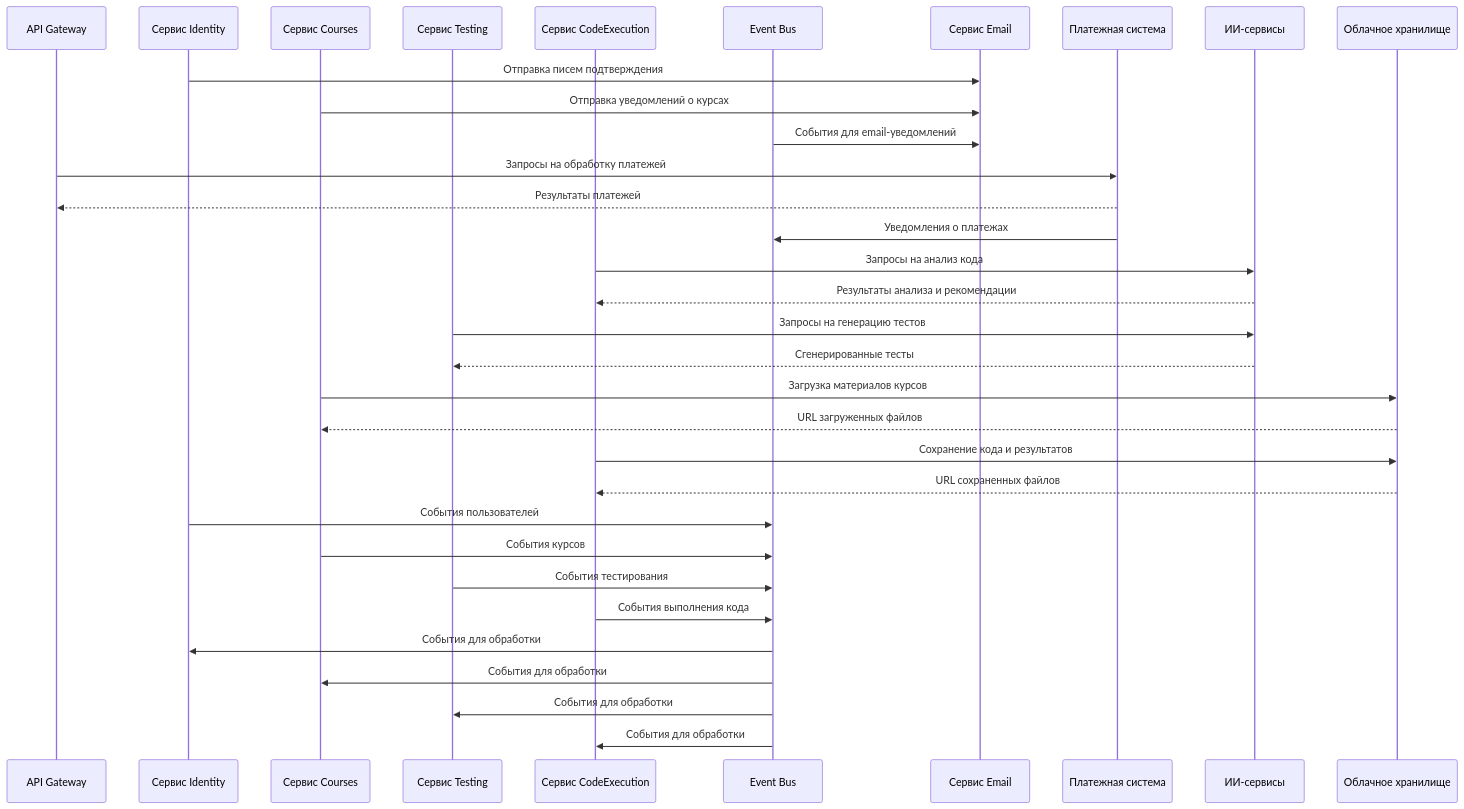
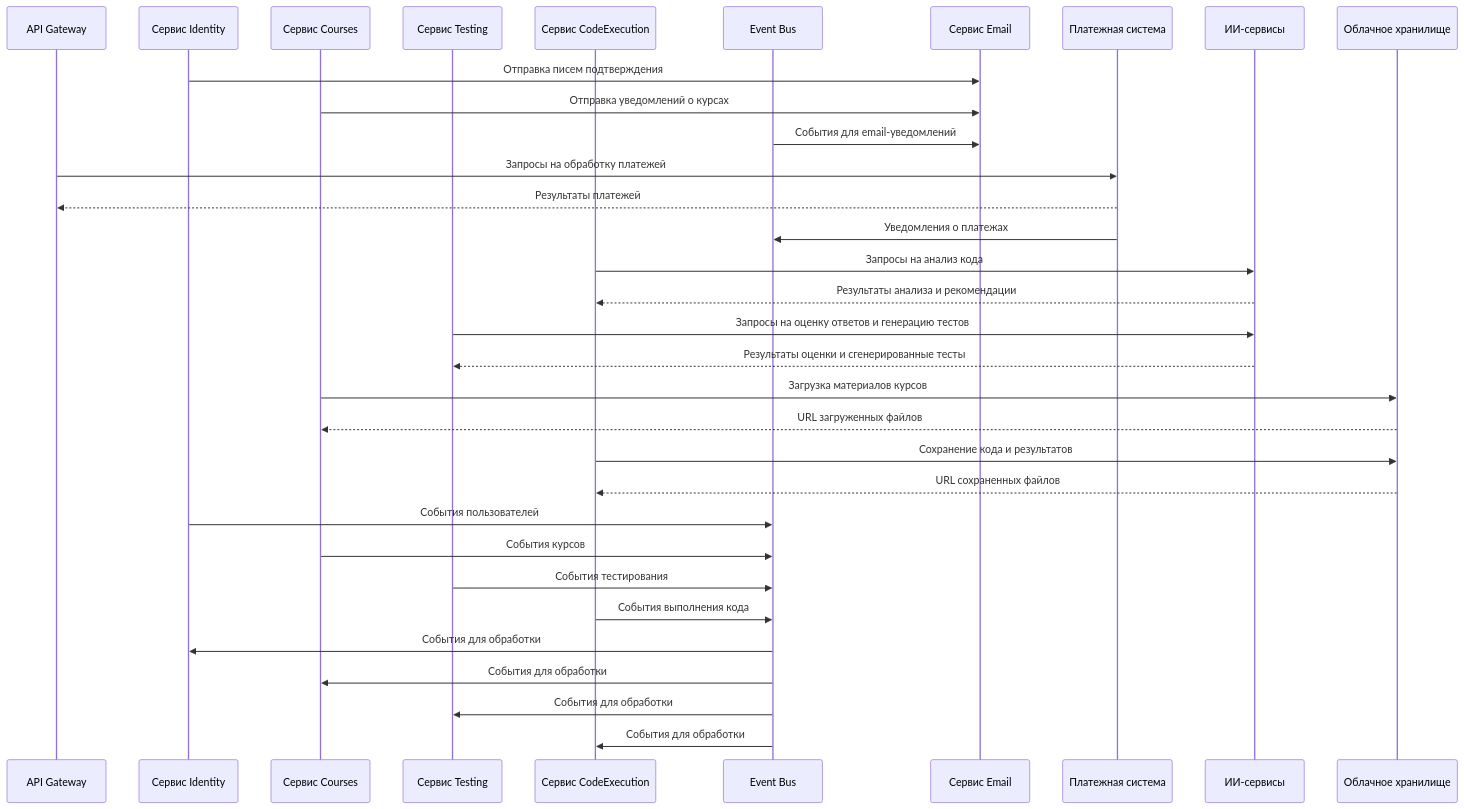
Before and after one commit to romzes200677/claude37: the eighth of 9 diagrams in docs/sequence_diagrams.md, drawn with Mermaid. The commit also changed other lines of this file and 154 other files, not shown here.

````diff
--- a/docs/sequence_diagrams.md
+++ b/docs/sequence_diagrams.md
@@ -441,46 +452,46 @@
 ```mermaid
 sequenceDiagram
     participant Gateway as API Gateway
     participant Identity as Сервис Identity
     participant Courses as Сервис Courses
     participant Testing as Сервис Testing
     participant CodeExec as Сервис CodeExecution
     participant EventBus as Event Bus
     participant Email as Сервис Email
     participant Payment as Платежная система
     participant AI as ИИ-сервисы
     participant Storage as Облачное хранилище
     
     %% Интеграция с Email-сервисом
     Identity->>Email: Отправка писем подтверждения
     Courses->>Email: Отправка уведомлений о курсах
     EventBus->>Email: События для email-уведомлений
     
     %% Интеграция с платежной системой
     Gateway->>Payment: Запросы на обработку платежей
     Payment-->>Gateway: Результаты платежей
     Payment->>EventBus: Уведомления о платежах
     
     %% Интеграция с ИИ-сервисами
     CodeExec->>AI: Запросы на анализ кода
     AI-->>CodeExec: Результаты анализа и рекомендации
-    Testing->>AI: Запросы на генерацию тестов
-    AI-->>Testing: Сгенерированные тесты
+    Testing->>AI: Запросы на оценку ответов и генерацию тестов
+    AI-->>Testing: Результаты оценки и сгенерированные тесты
     
     %% Интеграция с облачным хранилищем
     Courses->>Storage: Загрузка материалов курсов
     Storage-->>Courses: URL загруженных файлов
     CodeExec->>Storage: Сохранение кода и результатов
     Storage-->>CodeExec: URL сохраненных файлов
     
     %% Интеграция между микросервисами через Event Bus
     Identity->>EventBus: События пользователей
     Courses->>EventBus: События курсов
     Testing->>EventBus: События тестирования
     CodeExec->>EventBus: События выполнения кода
     
     EventBus->>Identity: События для обработки
     EventBus->>Courses: События для обработки
     EventBus->>Testing: События для обработки
     EventBus->>CodeExec: События для обработки
 ```
````
